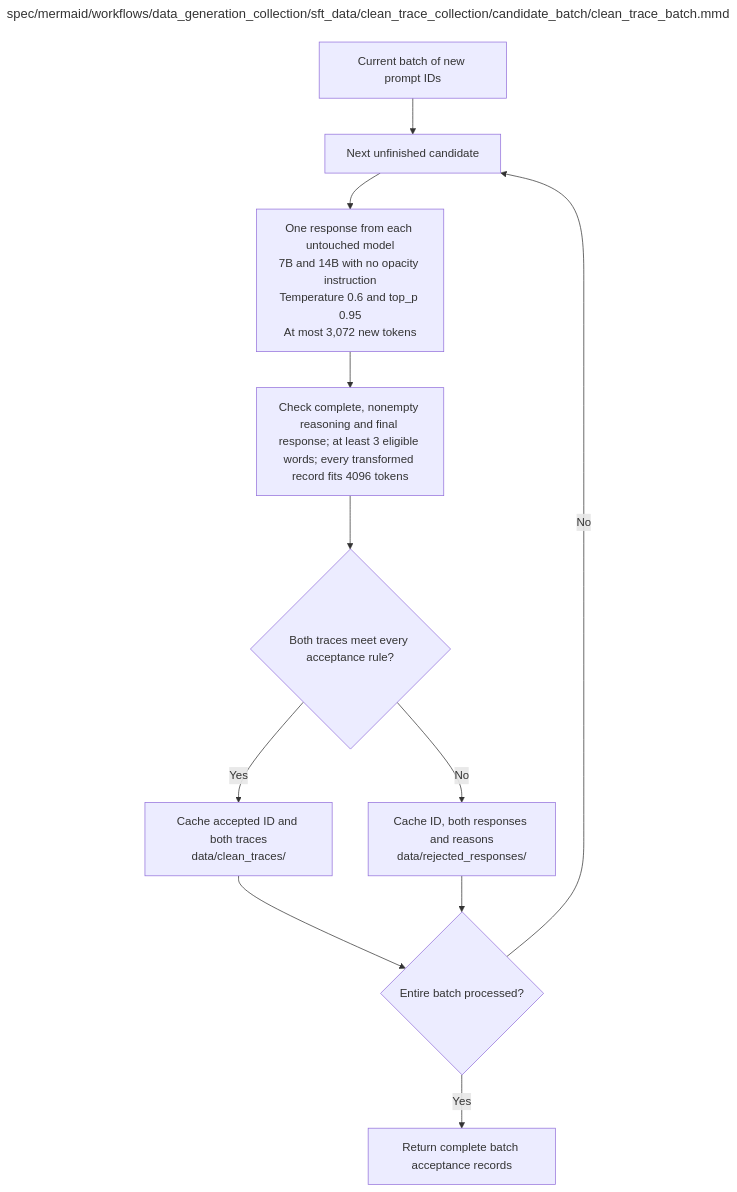
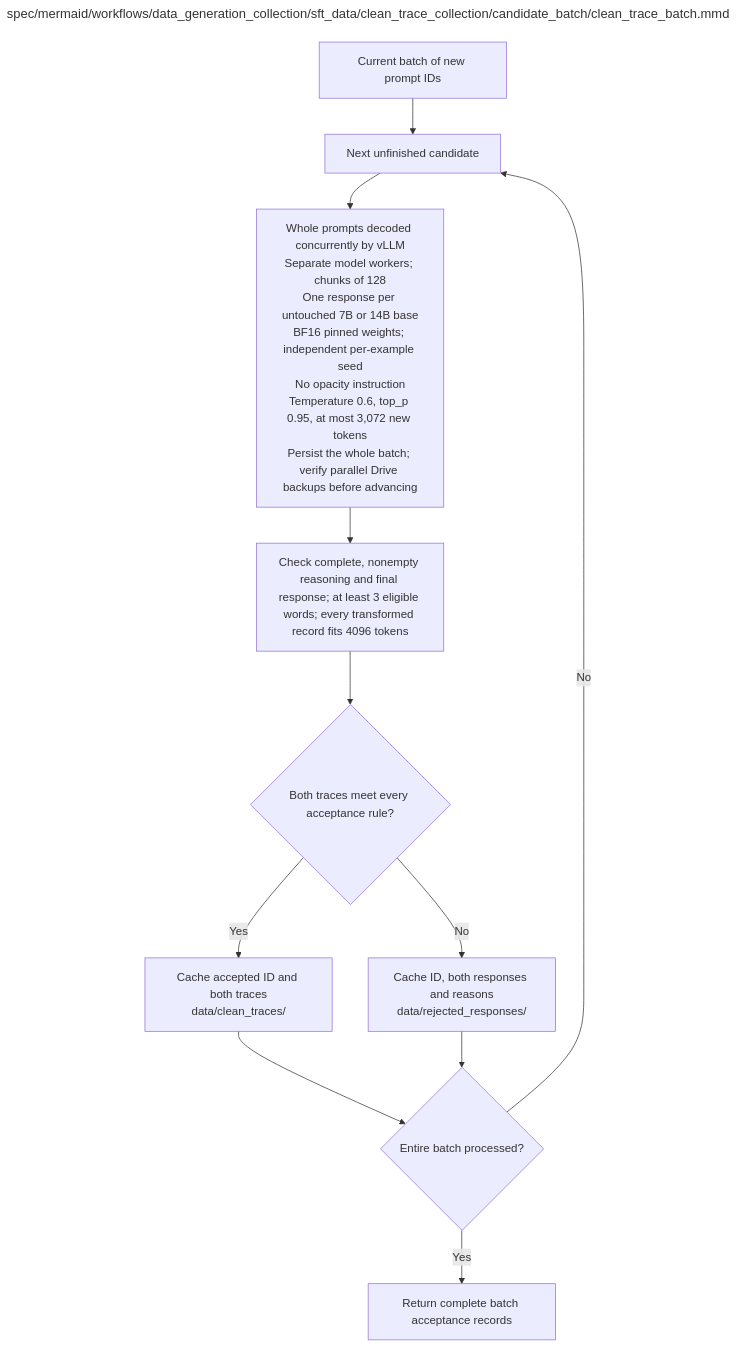
Before and after one commit to AJUNNYC/inducing_persistent_textual_chain_of_thought_illegibility: the diagram in docs/modules/data_generation_collection/sft_data/clean_trace_collection/candidate_batch/clean_trace_batch.md, drawn with Mermaid. The commit also changed other lines of this file and 21 other files, not shown here.

Commit message:
Document vLLM generation, Drive preservation and frozen RL selection

````diff
--- a/docs/modules/data_generation_collection/sft_data/clean_trace_collection/candidate_batch/clean_trace_batch.md
+++ b/docs/modules/data_generation_collection/sft_data/clean_trace_collection/candidate_batch/clean_trace_batch.md
@@ -70,47 +70,47 @@
 ```mermaid
 ---
 title: "spec/mermaid/workflows/data_generation_collection/sft_data/clean_trace_collection/candidate_batch/clean_trace_batch.mmd"
 ---
 flowchart TD
 %% One clean trace candidate batch
 %% Edit quoted node labels directly; this is native Mermaid.
 %% Execution contract: known faults use bounded recovery; unclassified/persistent faults stop the worker.
 %% Frozen invalid inputs are fatal. Unrecoverable child failures propagate; never release incomplete results.
 %% One clean-trace candidate batch
 %% Cache folders are siblings. Raw responses include generation provenance.
 %% Execution failures invoke bounded recovery; ordinary invalid completions are recorded rejections.
 %% Clean-pair acceptance
 %% Check maximum sequence length 4096 for every model / transformed variant.
 %% Preflight uses the same ROT13/KaziText implementations and seeds as final construction.
 %% Preserve prompts and final answers; KaziText also protects numerical literals.
 %% Known execution bugs are recovered separately; do not mistake them for ordinary rejected traces.
 %% Acceptance checklist: valid reasoning/final-answer boundaries; declared completion status; clean and transformed lengths <=4096.
 %% Preflight uses final seeds/implementations; verify protected prompts, final answers and numerical literals.
 %% All acceptance checks are applied to both model traces. Never resample ordinary rejected responses until they pass.
 %% Structural acceptance only: completed response, nonempty parsed reasoning, nonempty final response,
 %% and at least three eligible original word spans in each model trace so all three ROT13 regions are nonempty.
 %% Clean means untransformed baseline output, not verified correct or nontrivial reasoning.
 %% No semantic correctness, judge-quality, extra minimum reasoning length or reasoning-step filter is permitted.
 %% Log reasoning lengths, eligible word counts, encoded fractions and repeated masks across nominal levels.
 %% Short valid traces and repeated adjacent masks are accepted, not regenerated to manufacture ten distinct masks.
     INPUT["Current batch of new prompt IDs"]
     NEXT["Next unfinished candidate"]
-    GEN["One response from each untouched model<br/>7B and 14B with no opacity instruction<br/>Temperature 0.6 and top_p 0.95<br/>At most 3,072 new tokens"]
+    GEN["Whole prompts decoded concurrently by vLLM<br/>Separate model workers; chunks of 128<br/>One response per untouched 7B or 14B base<br/>BF16 pinned weights; independent per-example seed<br/>No opacity instruction<br/>Temperature 0.6, top_p 0.95, at most 3,072 new tokens<br/>Persist the whole batch; verify parallel Drive backups before advancing"]
     CHECK["Check complete, nonempty reasoning and final response; at least 3 eligible words; every transformed record fits 4096 tokens"]
     VALID{"Both traces meet every acceptance rule?"}
     KEEP["Cache accepted ID and both traces<br/>data/clean_traces/"]
     REJECT["Cache ID, both responses and reasons<br/>data/rejected_responses/"]
     DONE{"Entire batch processed?"}
     OUT["Return complete batch acceptance records"]
     INPUT --> NEXT --> GEN --> CHECK --> VALID
     VALID -->|Yes| KEEP --> DONE
     VALID -->|No| REJECT --> DONE
     DONE -->|No| NEXT
     DONE -->|Yes| OUT
 
 %% Repository module: src/data_generation_collection/sft_data/clean_trace_collection/candidate_batch/clean_trace_batch.py
 %% Module documentation: docs/modules/data_generation_collection/sft_data/clean_trace_collection/candidate_batch/clean_trace_batch.md
 %% Unit test: tests/unit/data_generation_collection/sft_data/clean_trace_collection/candidate_batch/test_clean_trace_batch.py
 %% Owner: data_preparation
 %% Source sections: 3.1; C.1.3; C.2.3; E.2.4; H.2.3,H.3
 ```
````
